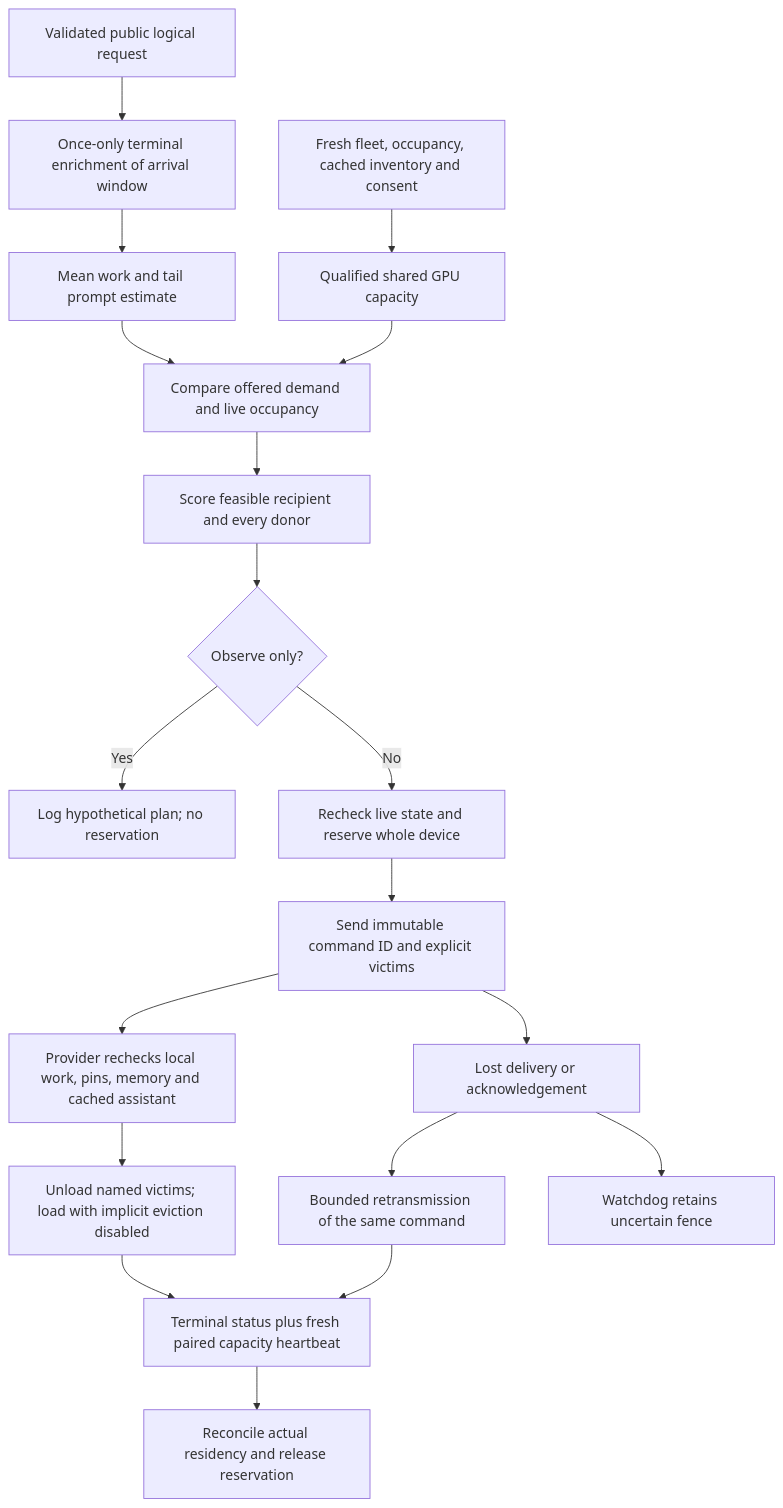
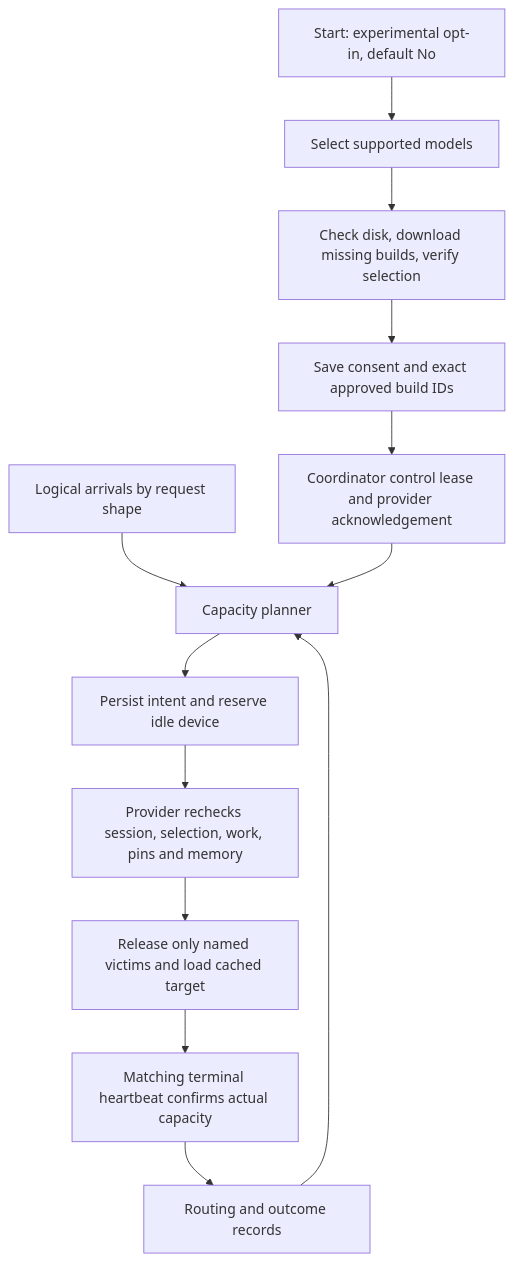
The diagram in docs/architecture/model-autopilot.md (cookder/d-inference), drawn with Mermaid before and after one commit. The commit also changed other lines of this file and 84 other files, not shown here.

````diff
--- a/docs/architecture/model-autopilot.md
+++ b/docs/architecture/model-autopilot.md
@@ -36,21 +19,15 @@
 ```mermaid
 flowchart TD
-    A[Validated public logical request] --> B[Once-only terminal enrichment of arrival window]
-    B --> C[Mean work and tail prompt estimate]
-    D[Fresh fleet, occupancy, cached inventory and consent] --> E[Qualified shared GPU capacity]
-    C --> F[Compare offered demand and live occupancy]
-    E --> F
-    F --> G[Score feasible recipient and every donor]
-    G --> H{Observe only?}
-    H -->|Yes| I[Log hypothetical plan; no reservation]
-    H -->|No| J[Recheck live state and reserve whole device]
-    J --> K[Send immutable command ID and explicit victims]
-    K --> L[Provider rechecks local work, pins, memory and cached assistant]
-    L --> M[Unload named victims; load with implicit eviction disabled]
-    M --> N[Terminal status plus fresh paired capacity heartbeat]
-    N --> O[Reconcile actual residency and release reservation]
-    K --> P[Lost delivery or acknowledgement]
-    P --> Q[Bounded retransmission of the same command]
-    Q --> N
-    P --> R[Watchdog retains uncertain fence]
+  A[Start: experimental opt-in, default No] --> B[Select supported models]
+  B --> C[Check disk, download missing builds, verify selection]
+  C --> D[Save consent and exact approved build IDs]
+  D --> E[Coordinator control lease and provider acknowledgement]
+  F[Logical arrivals by request shape] --> G[Capacity planner]
+  E --> G
+  G --> H[Persist intent and reserve idle device]
+  H --> I[Provider rechecks session, selection, work, pins and memory]
+  I --> J[Release only named victims and load cached target]
+  J --> K[Matching terminal heartbeat confirms actual capacity]
+  K --> L[Routing and outcome records]
+  L --> G
 ```
````
